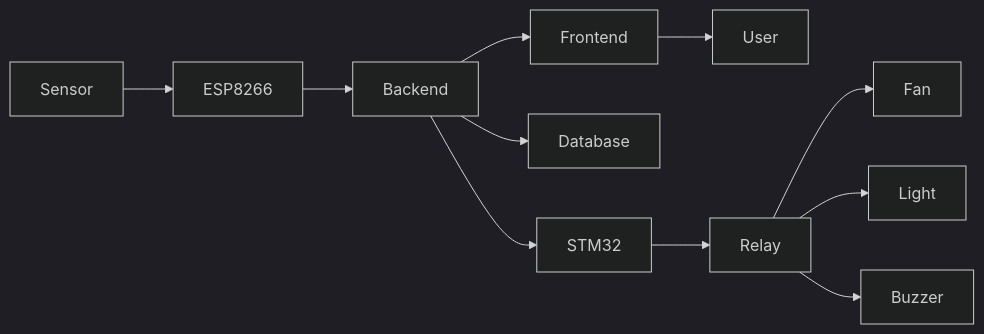
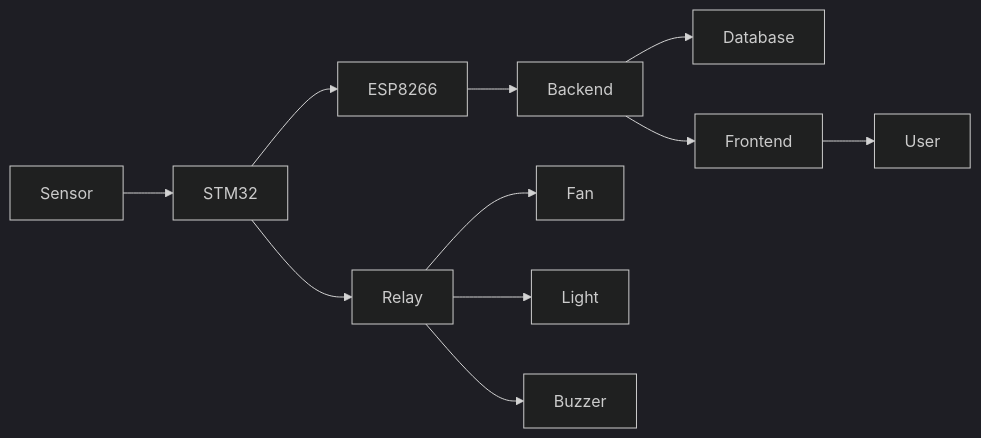
The seventh of 8 diagrams in docs/architecture/backend.md (jostran1406/Phase_2_Group_11), drawn with Mermaid (dark theme) before and after one commit. The commit also changed other lines of this file and 1 other file, not shown here.

Commit message:
Update architecture based on STM32-ESP8266 communication design

````diff
--- a/docs/architecture/backend.md
+++ b/docs/architecture/backend.md
@@ -181,63 +189,23 @@
 ```mermaid
-
 graph LR
 
-Sensor
+Sensor --> STM32
 
--->
+STM32 --> ESP8266
 
-ESP8266
+ESP8266 --> Backend
 
--->
+Backend --> Database
 
-Backend
+Backend --> Frontend
 
-Backend
+Frontend --> User
 
--->
+STM32 --> Relay
 
-STM32
+Relay --> Fan
 
-Backend
+Relay --> Light
 
--->
-
-Database
-
-Backend
-
--->
-
-Frontend
-
-Frontend
-
--->
-
-User
-
-STM32
-
--->
-
-Relay
-
-Relay
-
--->
-
-Fan
-
-Relay
-
--->
-
-Light
-
-Relay
-
--->
-
-Buzzer
-
+Relay --> Buzzer
 ```
````
